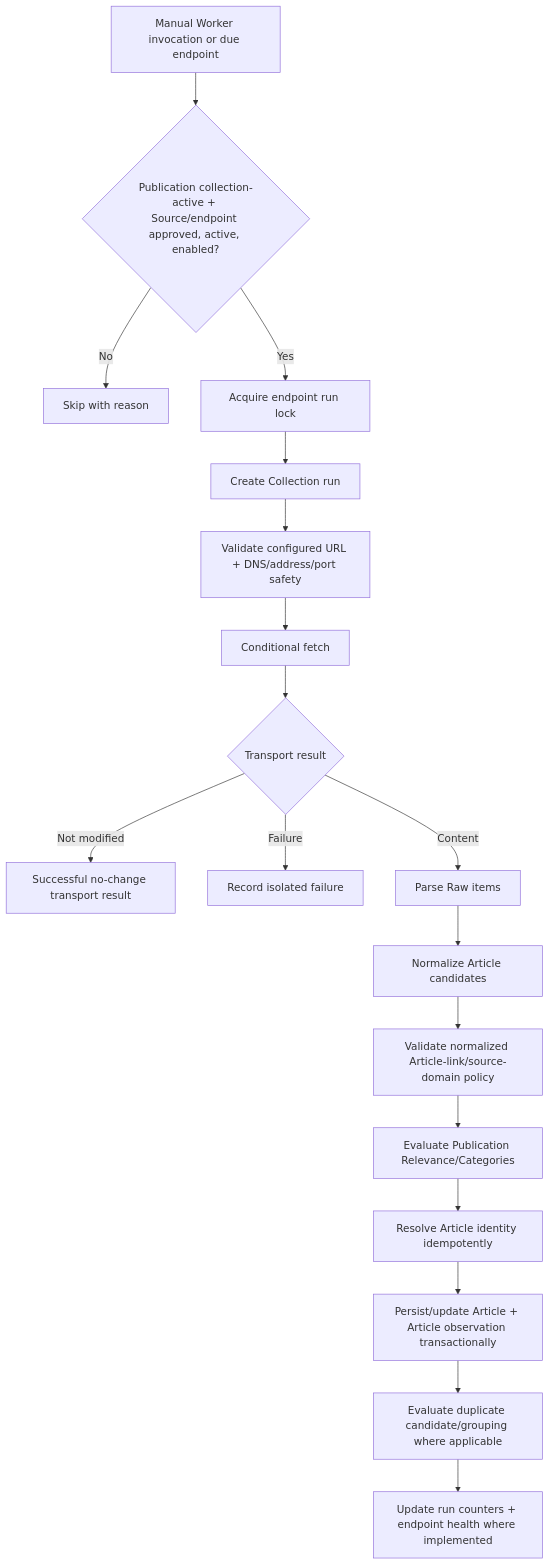
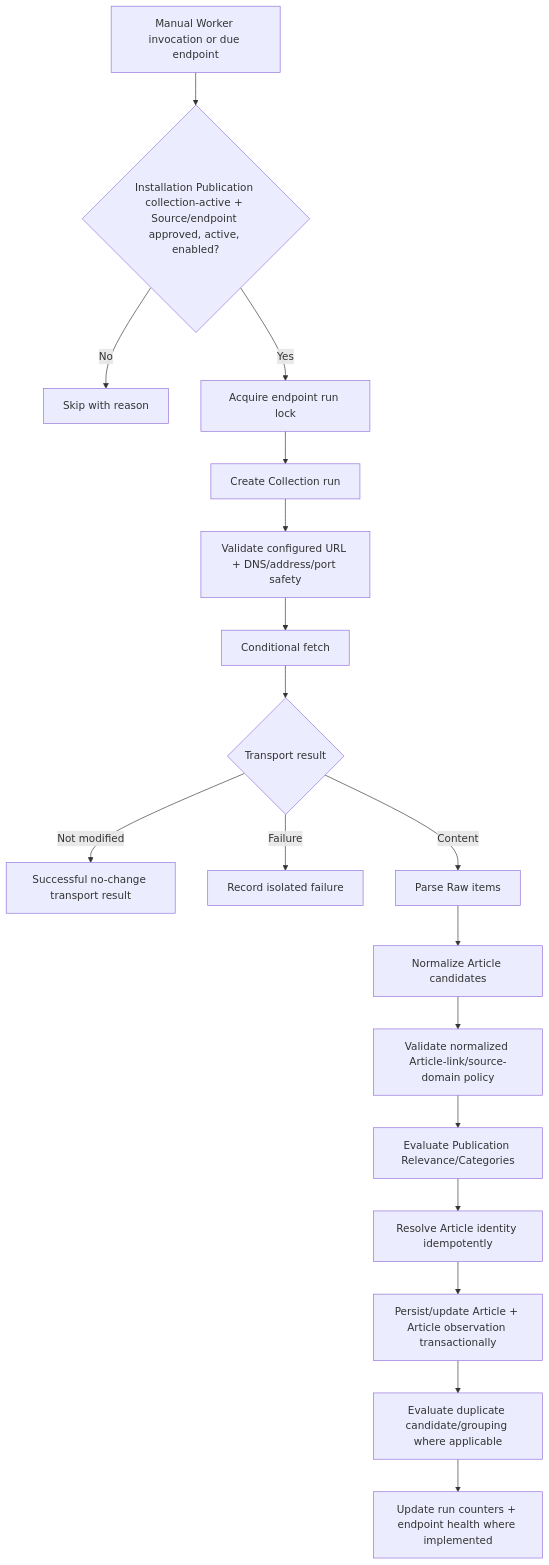
Before and after one commit to jfin602/news-scraper: the second of 2 diagrams in docs/architecture/system-architecture.md, drawn with Mermaid. The commit also changed other lines of this file, not shown here.

Commit message:
docs: align architecture to one publication per deployment

````diff
--- a/docs/architecture/system-architecture.md
+++ b/docs/architecture/system-architecture.md
@@ -108,20 +122,20 @@
 ```mermaid
 flowchart TD
-    A[Manual Worker invocation or due endpoint] --> B{Publication collection-active + Source/endpoint approved, active, enabled?}
+    A[Manual Worker invocation or due endpoint] --> B{Installation Publication collection-active + Source/endpoint approved, active, enabled?}
     B -- No --> Z[Skip with reason]
     B -- Yes --> C[Acquire endpoint run lock]
     C --> R0[Create Collection run]
     R0 --> G[Validate configured URL + DNS/address/port safety]
     G --> D[Conditional fetch]
     D --> E{Transport result}
     E -- Not modified --> F[Successful no-change transport result]
     E -- Failure --> H[Record isolated failure]
     E -- Content --> I[Parse Raw items]
     I --> J[Normalize Article candidates]
     J --> K[Validate normalized Article-link/source-domain policy]
     K --> L[Evaluate Publication Relevance/Categories]
     L --> M[Resolve Article identity idempotently]
     M --> N[Persist/update Article + Article observation transactionally]
     N --> O[Evaluate duplicate candidate/grouping where applicable]
     O --> P[Update run counters + endpoint health where implemented]
 ```
````
